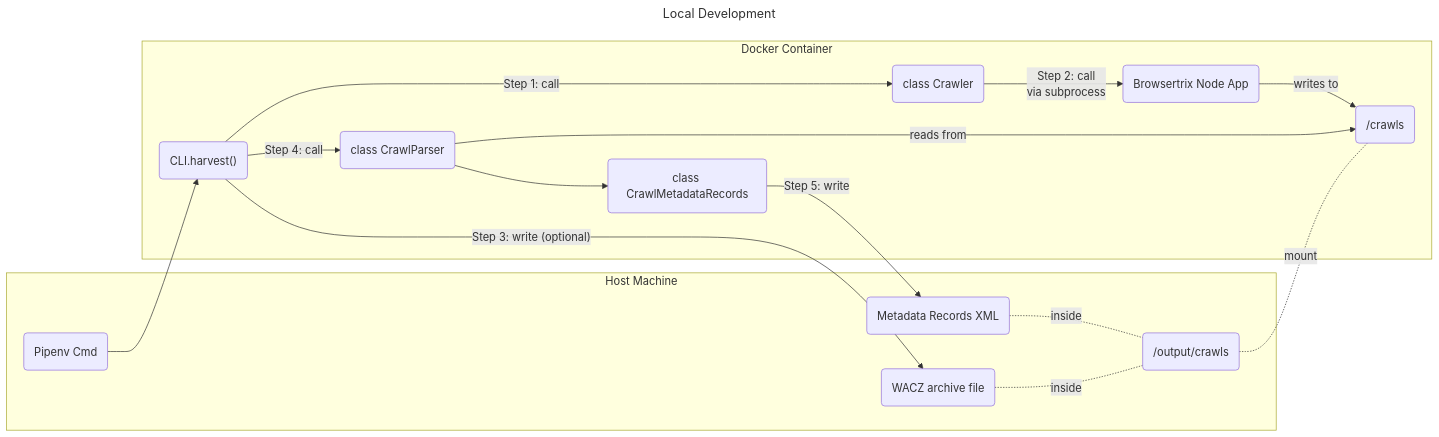
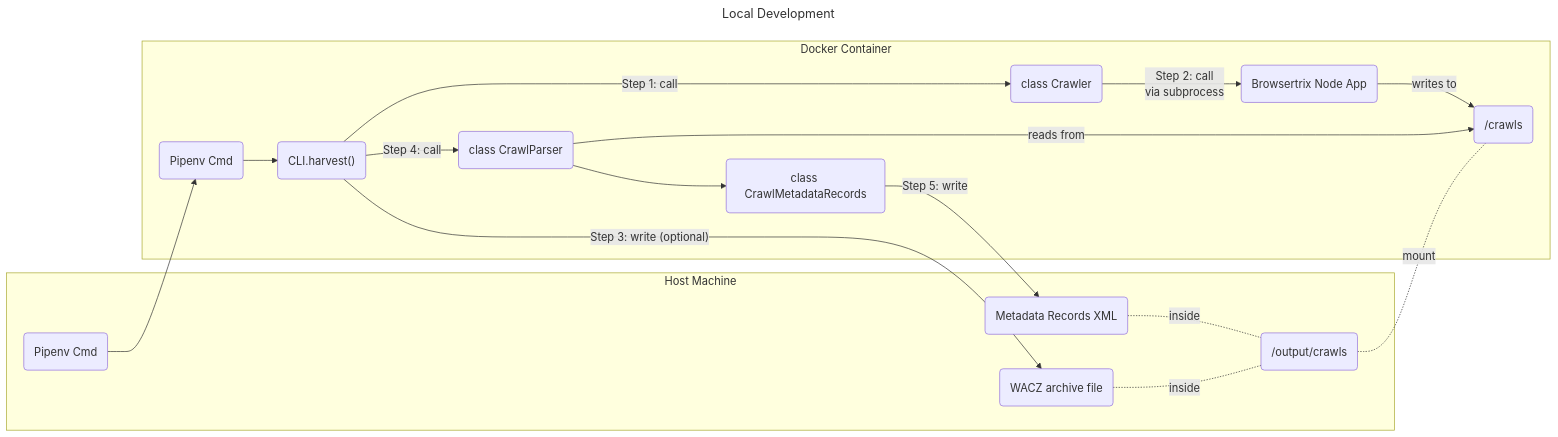
Before and after one commit to MITLibraries/browsertrix-harvester: the second of 3 diagrams in docs/architecture.md, drawn with Mermaid. The commit also changed 3 other files, not shown here.

````diff
--- a/docs/architecture.md
+++ b/docs/architecture.md
@@ -60,50 +60,51 @@
 ```mermaid
 ---
 title: Local Development
 ---
 flowchart LR
     
     %% host machine
     pipenv_cmd("Pipenv Cmd")
     output_folder("/output/crawls")
     
     %% docker container
+    pipenv_cmd_container("Pipenv Cmd")
     cli_harvest("CLI.harvest()")
     crawler("class Crawler")
     parser("class CrawlParser")
     metadata("class CrawlMetadataRecords")
     crawls_folder("/crawls")
     btrix("Browsertrix Node App")
     
     %% anywhere
     output_wacz("WACZ archive file")
     output_metadata("Metadata Records XML")
     
-    pipenv_cmd --> cli_harvest
+    pipenv_cmd --> pipenv_cmd_container
     output_folder -. mount .- crawls_folder
     
     subgraph Host Machine
         pipenv_cmd
         output_folder
         output_wacz
         output_metadata
         
         output_wacz -. inside .- output_folder
         output_metadata -. inside .- output_folder
     end
     
     subgraph Docker Container 
         btrix
         crawls_folder
+        pipenv_cmd_container --> cli_harvest
         cli_harvest -->|Step 1: call| crawler
         crawler -->|Step 2: call\nvia subprocess| btrix        
         btrix -->|writes to| crawls_folder
         cli_harvest -->|Step 4: call| parser
         parser -->|reads from| crawls_folder
         parser --> metadata
     end
     
     cli_harvest -->|"Step 3: write (optional)"| output_wacz
-    metadata -->|Step 5: write| output_metadata
-    
+    metadata -->|Step 5: write| output_metadata    
 ```
````
